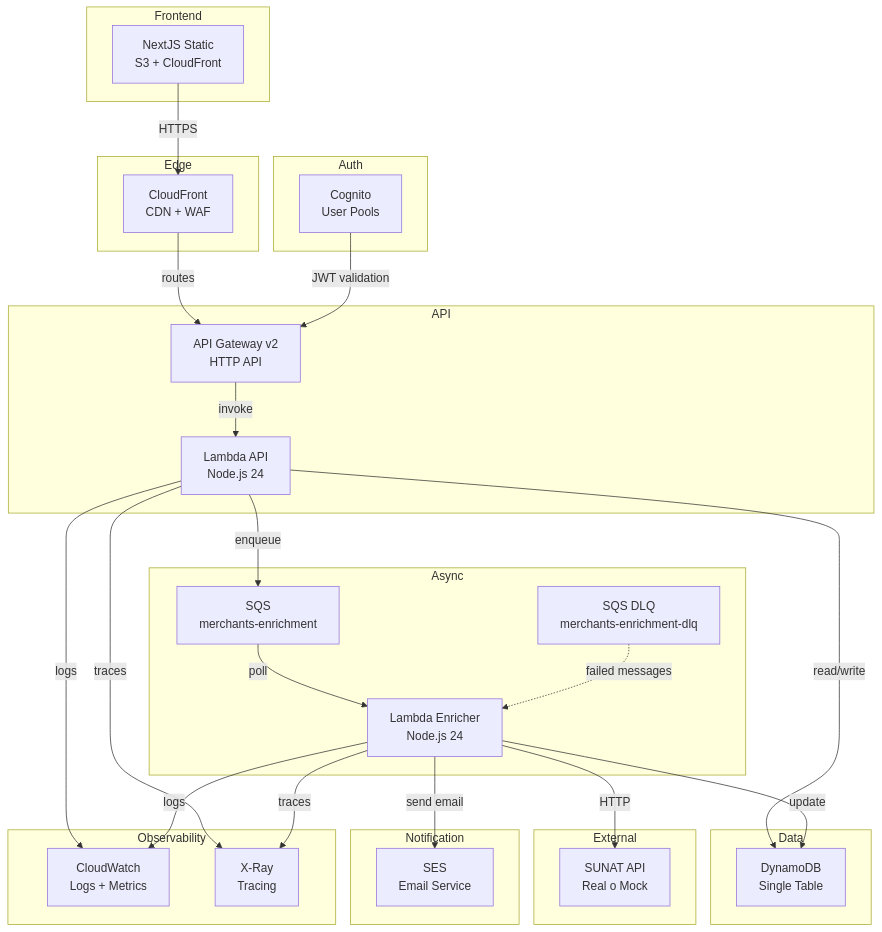
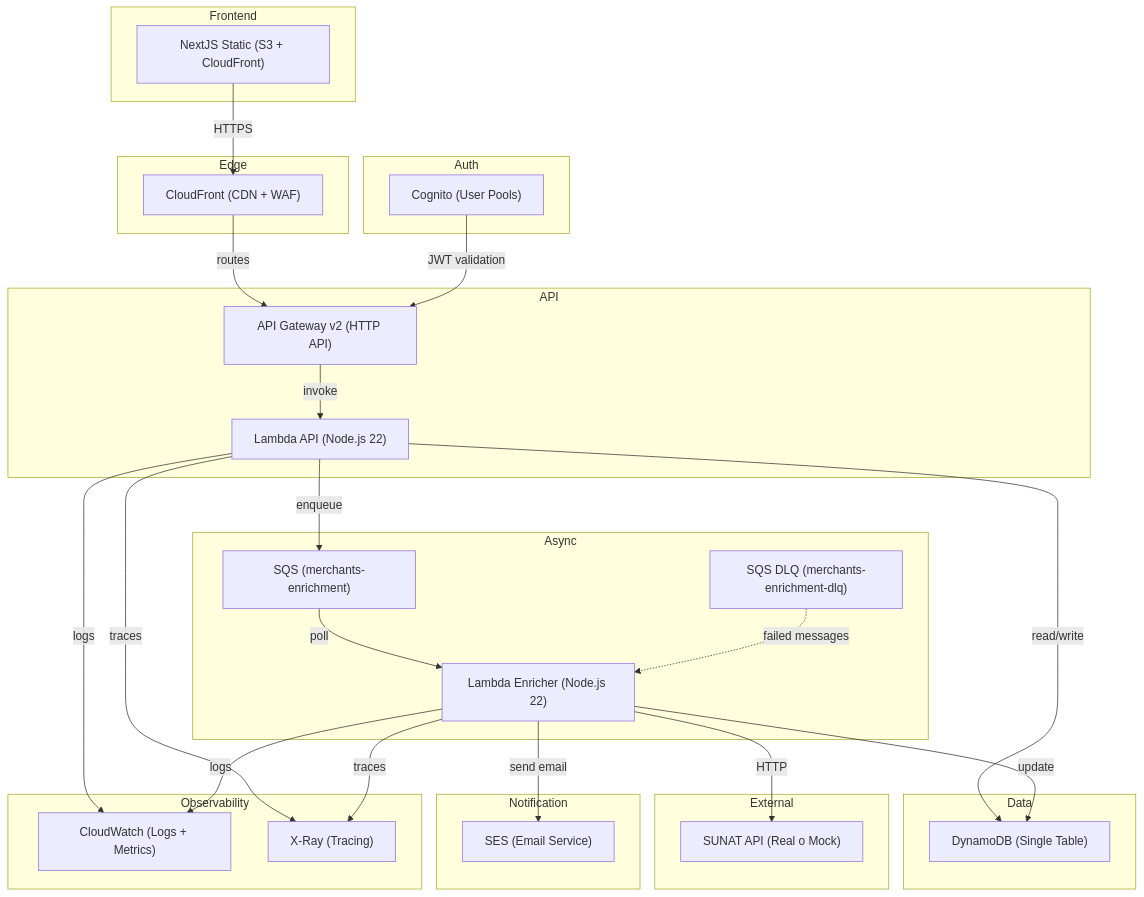
Before and after one commit to evenhold/applying-challenge: the first of 3 diagrams in docs/architecture.md, drawn with Mermaid. The commit also changed other lines of this file, not shown here.

Commit message:
fix(docs): fix Mermaid diagrams by removing HTML br tags
- Replaced all <br/> tags with parenthetical notation for GitHub compatibility
- Fixed lexical error on line 7 in development diagram
- Updated Node.js version references from 24 to 22

````diff
--- a/docs/architecture.md
+++ b/docs/architecture.md
@@ -5,58 +5,58 @@
 ```mermaid
 graph TB
     subgraph "Frontend"
-        A[NextJS Static<br/>S3 + CloudFront]
+        A["NextJS Static (S3 + CloudFront)"]
     end
 
     subgraph "Edge"
-        B[CloudFront<br/>CDN + WAF]
+        B["CloudFront (CDN + WAF)"]
     end
 
     subgraph "Auth"
-        C[Cognito<br/>User Pools]
+        C["Cognito (User Pools)"]
     end
 
     subgraph "API"
-        D[API Gateway v2<br/>HTTP API]
-        E[Lambda API<br/>Node.js 24]
+        D["API Gateway v2 (HTTP API)"]
+        E["Lambda API (Node.js 22)"]
     end
 
     subgraph "Data"
-        F[DynamoDB<br/>Single Table]
+        F["DynamoDB (Single Table)"]
     end
 
     subgraph "Async"
-        G[SQS<br/>merchants-enrichment]
-        H[SQS DLQ<br/>merchants-enrichment-dlq]
-        I[Lambda Enricher<br/>Node.js 24]
+        G["SQS (merchants-enrichment)"]
+        H["SQS DLQ (merchants-enrichment-dlq)"]
+        I["Lambda Enricher (Node.js 22)"]
     end
 
     subgraph "External"
-        J[SUNAT API<br/>Real o Mock]
+        J["SUNAT API (Real o Mock)"]
     end
 
     subgraph "Notification"
-        K[SES<br/>Email Service]
+        K["SES (Email Service)"]
     end
 
     subgraph "Observability"
-        L[CloudWatch<br/>Logs + Metrics]
-        M[X-Ray<br/>Tracing]
+        L["CloudWatch (Logs + Metrics)"]
+        M["X-Ray (Tracing)"]
     end
 
     A -->|HTTPS| B
     B -->|routes| D
     C -->|JWT validation| D
     D -->|invoke| E
     E -->|read/write| F
     E -->|enqueue| G
     G -->|poll| I
     H -.->|failed messages| I
     I -->|HTTP| J
     I -->|update| F
     I -->|send email| K
     E -->|traces| M
     I -->|traces| M
     E -->|logs| L
     I -->|logs| L
 ```
````
